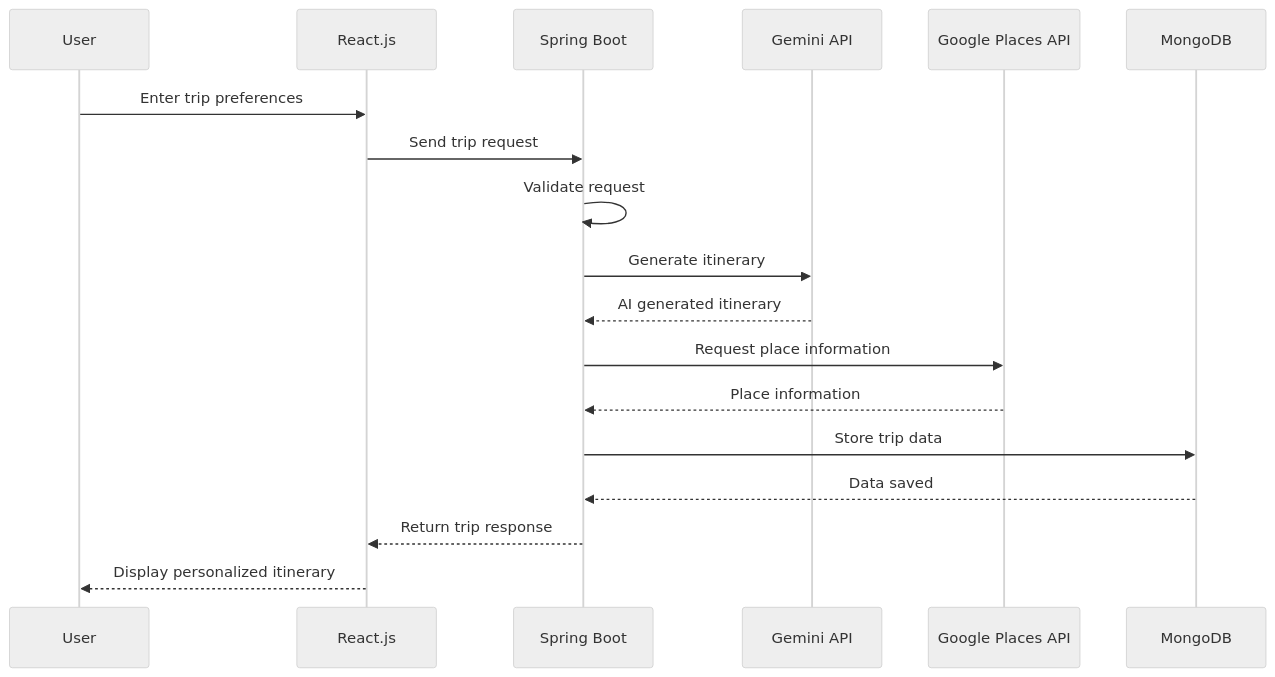
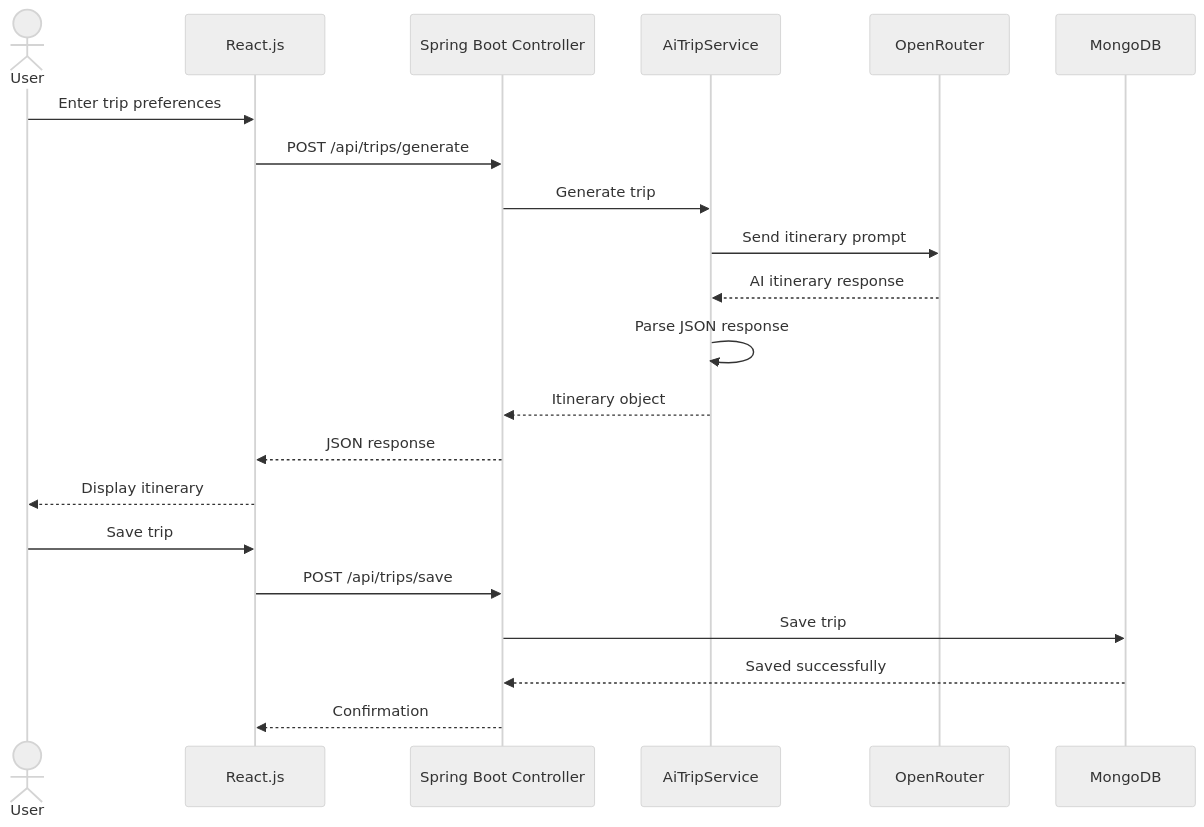
One commit to prashantmane1207/AI-Based-Trip-Planner changed the fourth of 4 diagrams in README.md. Above: the diagram before and after it, drawn with Mermaid (neutral theme). The commit also changed other lines of this file, not shown here.

````diff
--- a/README.md
+++ b/README.md
@@ -202,32 +141,37 @@
 ```mermaid
 sequenceDiagram
+    actor User
+    participant React as React.js
+    participant Controller as Spring Boot Controller
+    participant Service as AiTripService
+    participant AI as OpenRouter
+    participant DB as MongoDB
 
-    participant U as User
-    participant R as React.js
-    participant S as Spring Boot
-    participant G as Gemini API
-    participant P as Google Places API
-    participant M as MongoDB
+    User->>React: Enter trip preferences
 
-    U->>R: Enter trip preferences
+    React->>Controller: POST /api/trips/generate
 
-    R->>S: Send trip request
+    Controller->>Service: Generate trip
 
-    S->>S: Validate request
+    Service->>AI: Send itinerary prompt
 
-    S->>G: Generate itinerary
+    AI-->>Service: AI itinerary response
 
-    G-->>S: AI generated itinerary
+    Service->>Service: Parse JSON response
 
-    S->>P: Request place information
+    Service-->>Controller: Itinerary object
 
-    P-->>S: Place information
+    Controller-->>React: JSON response
 
-    S->>M: Store trip data
+    React-->>User: Display itinerary
 
-    M-->>S: Data saved
+    User->>React: Save trip
 
-    S-->>R: Return trip response
+    React->>Controller: POST /api/trips/save
 
-    R-->>U: Display personalized itinerary
+    Controller->>DB: Save trip
+
+    DB-->>Controller: Saved successfully
+
+    Controller-->>React: Confirmation
 ```
````
